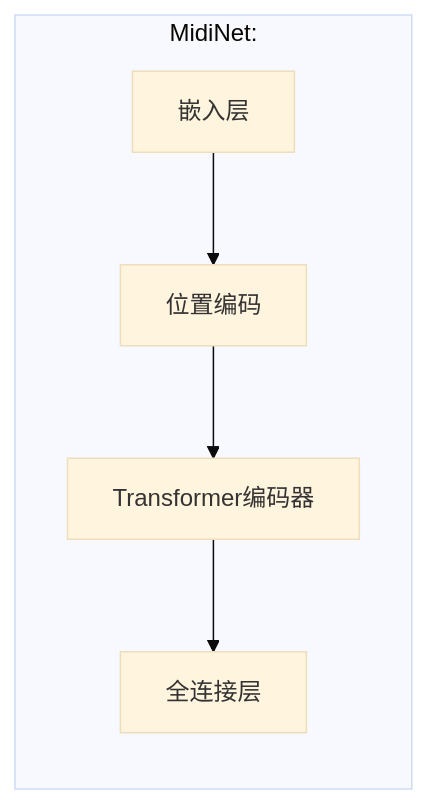
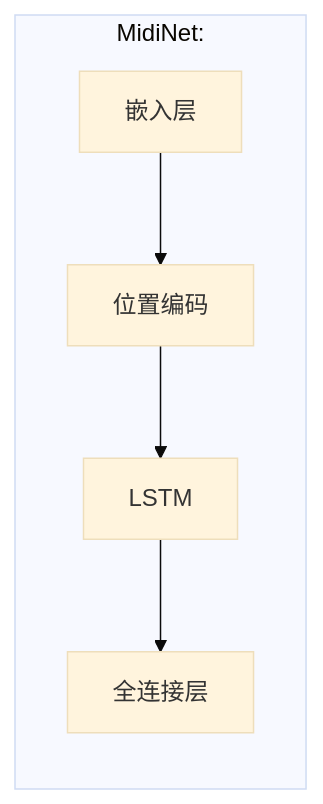
One commit to thiliapr/tkaimidi changed the first of 2 diagrams in README.md. Above: the diagram before and after it, drawn with Mermaid (base theme). The commit also changed other lines of this file and 1 other file, not shown here.

Commit message:
give up transformer may be good

````diff
--- a/README.md
+++ b/README.md
@@ -16,7 +16,7 @@
 ```mermaid
 graph TD
     subgraph MidiNet:
         direction TB
-        Embedding[嵌入层] --> PositionalEncoding[位置编码] --> TransformerEncoderLayers[Transformer编码器] --> Linear[全连接层]
+        Embedding[嵌入层] --> PositionalEncoding[位置编码] --> LSTM[LSTM] --> Linear[全连接层]
     end
 ```
````
